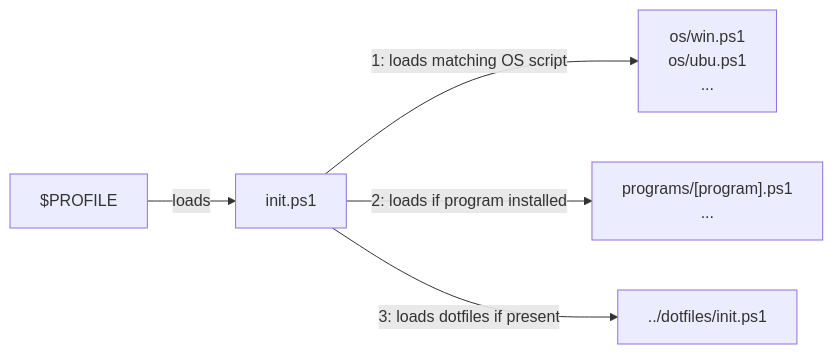
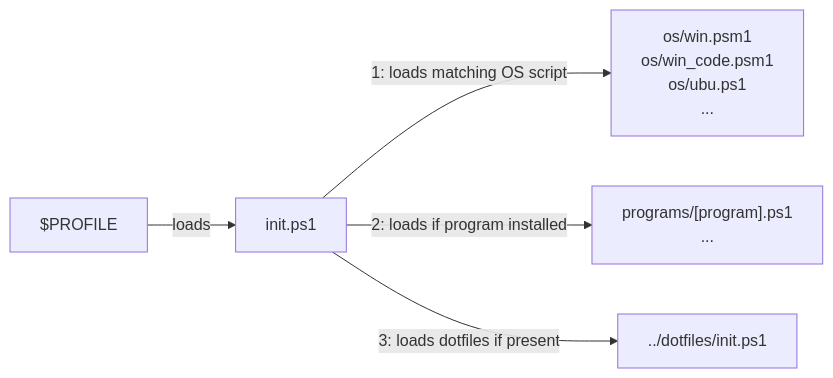
One commit to alanlivio/cli-helpers changed the second of 2 diagrams in README.md. Above: the diagram before and after it, drawn with Mermaid. The commit also changed other lines of this file and 6 other files, not shown here.

Commit message:
add win_code and ubu_code

````diff
--- a/README.md
+++ b/README.md
@@ -33,23 +34,24 @@
 ```mermaid
 flowchart LR
     psprofile["$PROFILE"]
     ps-init["init.ps1"]
     %% sh-init["init.sh"]
     program-dependent["
         programs/[program].ps1
         ...
     "]
     OS-dependent["
-        os/win.ps1
+        os/win.psm1
+        os/win_code.psm1
         os/ubu.ps1
         ...
     "]
     dotfiles["
         ../dotfiles/init.ps1
     "]
 
     psprofile--> |"loads"| ps-init
     ps-init --> |"1: loads matching OS script"| OS-dependent
     ps-init --> |"2: loads if program installed"| program-dependent
     ps-init --> |"3: loads dotfiles if present"| dotfiles
 ```
````
